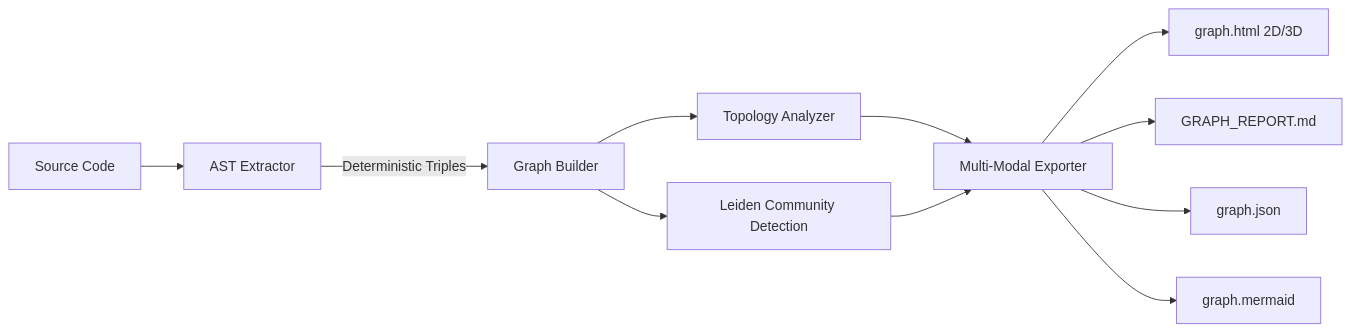
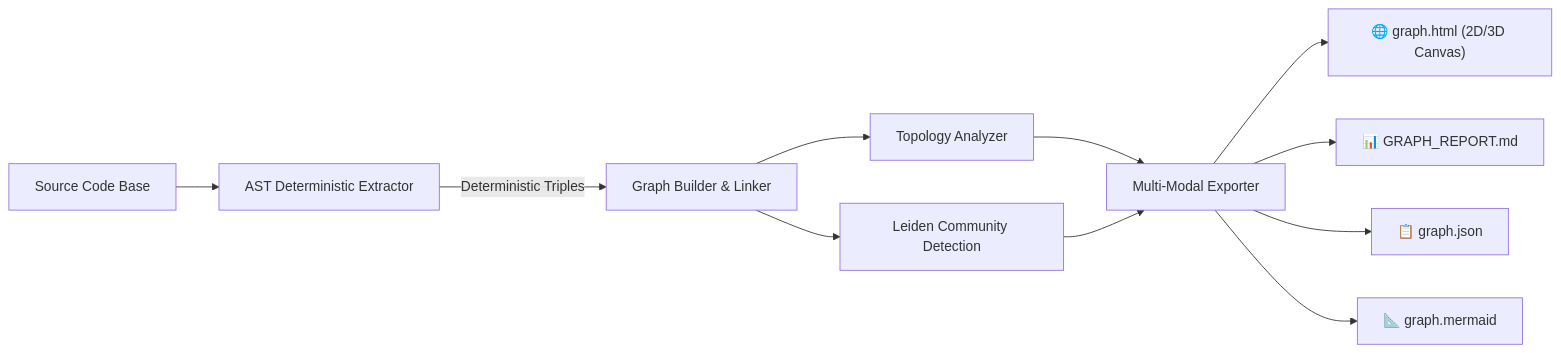
One commit to yanlinbao926/Graph-RAG changed the diagram in README.md. Above: the diagram before and after it, drawn with Mermaid. The commit also changed other lines of this file and 1 other file, not shown here.

````diff
--- a/README.md
+++ b/README.md
@@ -134,12 +179,12 @@
 ```mermaid
 flowchart LR
-    A[Source Code] --> B[AST Extractor]
-    B -->|Deterministic Triples| C[Graph Builder]
+    A[Source Code Base] --> B[AST Deterministic Extractor]
+    B -->|Deterministic Triples| C[Graph Builder & Linker]
     C --> D[Topology Analyzer]
     C --> E[Leiden Community Detection]
     D & E --> F[Multi-Modal Exporter]
-    F --> G1[graph.html 2D/3D]
-    F --> G2[GRAPH_REPORT.md]
-    F --> G3[graph.json]
-    F --> G4[graph.mermaid]
+    F --> G1["🌐 graph.html (2D/3D Canvas)"]
+    F --> G2["📊 GRAPH_REPORT.md"]
+    F --> G3["📋 graph.json"]
+    F --> G4["📐 graph.mermaid"]
 ```
````
